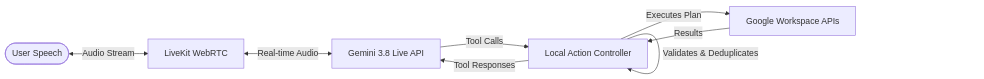
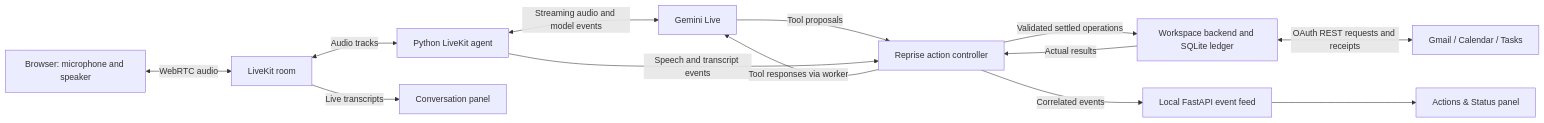
One commit to sahaj24/samsung-prism-test changed the diagram in README.md. Above: the diagram before and after it, drawn with Mermaid. The commit also changed other lines of this file and 38 other files, not shown here.

````diff
--- a/README.md
+++ b/README.md
@@ -29,10 +22,15 @@
 ```mermaid
 flowchart LR
-    User([User Speech]) <-->|Audio Stream| LiveKit[LiveKit WebRTC]
-    LiveKit <-->|Real-time Audio| Gemini[Gemini 3.8 Live API]
-    Gemini -->|Tool Calls| Controller[Local Action Controller]
-    Controller -->|Validates & Deduplicates| Controller
-    Controller -->|Executes Plan| Workspace[Google Workspace APIs]
-    Workspace -->|Results| Controller
-    Controller -->|Tool Responses| Gemini
+    Browser[Browser: microphone and speaker] <-->|WebRTC audio| LiveKit[LiveKit room]
+    LiveKit <-->|Audio tracks| Worker[Python LiveKit agent]
+    Worker <-->|Streaming audio and model events| Gemini[Gemini Live]
+    Gemini -->|Tool proposals| Controller[Reprise action controller]
+    Worker -->|Speech and transcript events| Controller
+    Controller -->|Validated settled operations| Workspace[Workspace backend and SQLite ledger]
+    Workspace <-->|OAuth REST requests and receipts| Google[Gmail / Calendar / Tasks]
+    Workspace -->|Actual results| Controller
+    Controller -->|Tool responses via worker| Gemini
+    LiveKit -->|Live transcripts| UI[Conversation panel]
+    Controller -->|Correlated events| Server[Local FastAPI event feed]
+    Server --> Actions[Actions & Status panel]
 ```
````
